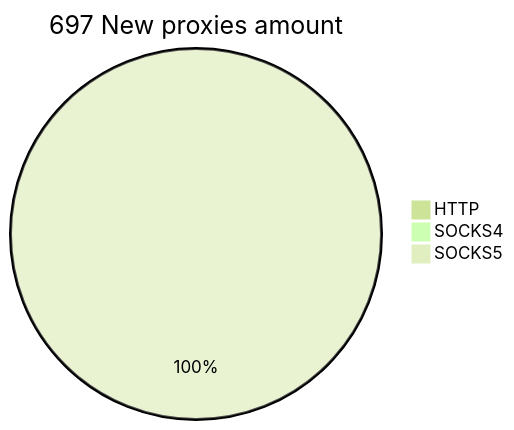
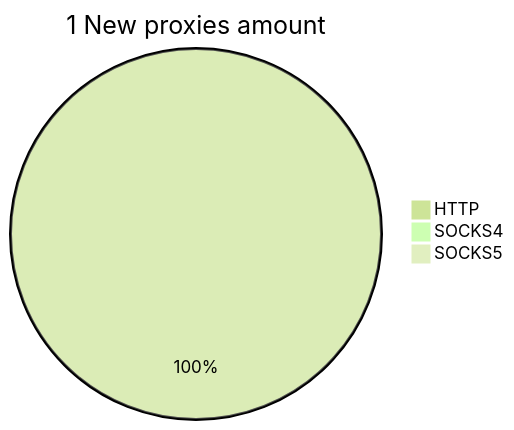
Before and after one commit to cutipu/proxylist: the second of 2 diagrams in README.md, drawn with Mermaid (forest theme). The commit also changed other lines of this file, not shown here.

````diff
--- a/README.md
+++ b/README.md
@@ -10,6 +10,6 @@
 ```mermaid
-pie title 697 New proxies amount
-    "HTTP" : 0
-    "SOCKS4" : 2
-    "SOCKS5" : 695
+pie title 1 New proxies amount
+    "HTTP" : 1
+    "SOCKS4" : 0
+    "SOCKS5" : 0
 ```
````
